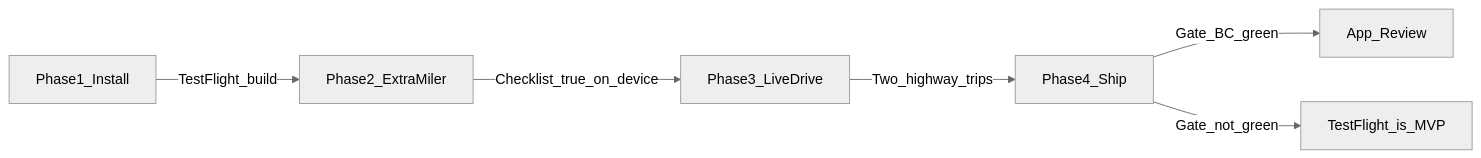
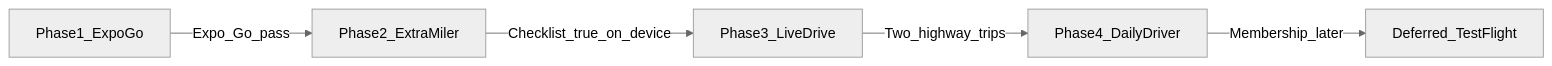
Before and after one commit to nomadlabstx/Nomad: the diagram in docs/mvp-october/README.md, drawn with Mermaid (neutral theme). The commit also changed other lines of this file and 9 other files, not shown here.

First line of the commit message:
Retarget Phase 1 to Expo Go personal MVP; defer TestFlight.

````diff
--- a/docs/mvp-october/README.md
+++ b/docs/mvp-october/README.md
@@ -9,12 +11,12 @@
 ```mermaid
 flowchart LR
-  p1[Phase1_Install]
+  p1[Phase1_ExpoGo]
   p2[Phase2_ExtraMiler]
   p3[Phase3_LiveDrive]
-  p4[Phase4_Ship]
-  p1 -->|"TestFlight_build"| p2
+  p4[Phase4_DailyDriver]
+  tf[Deferred_TestFlight]
+  p1 -->|"Expo_Go_pass"| p2
   p2 -->|"Checklist_true_on_device"| p3
   p3 -->|"Two_highway_trips"| p4
-  p4 -->|"Gate_BC_green"| store[App_Review]
-  p4 -->|"Gate_not_green"| tf[TestFlight_is_MVP]
+  p4 -->|"Membership_later"| tf
 ```
````
